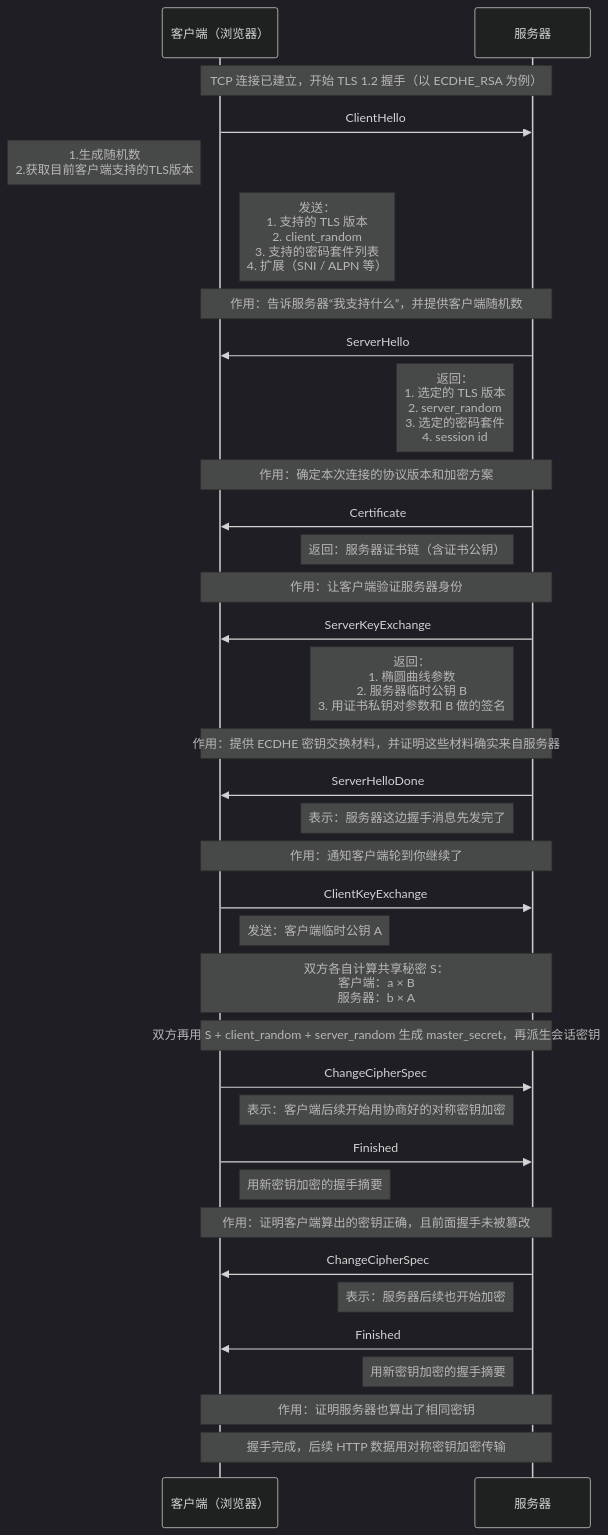
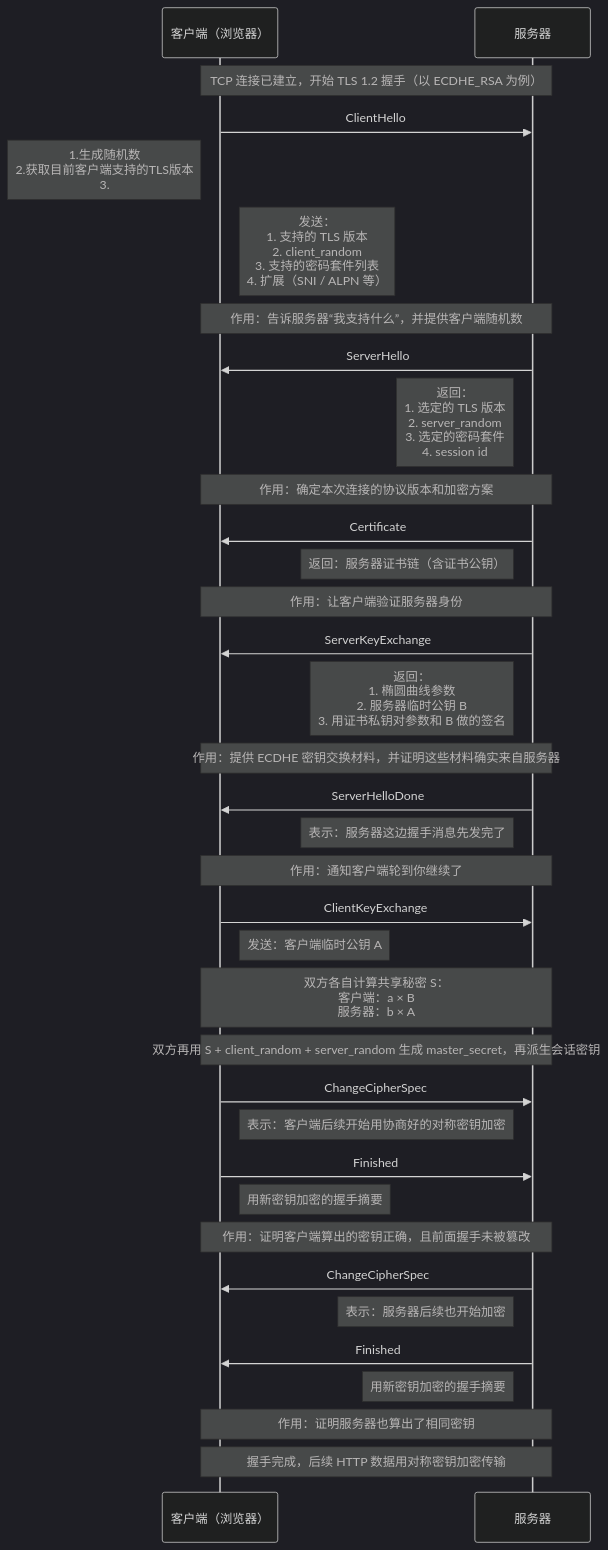
One commit to HY-10-8/iodraw-files changed the diagram in all/TLS-1.2-ECDHA.md. Above: the diagram before and after it, drawn with Mermaid (dark theme).

Commit message:
2026-03-30 16:46:39 update

````diff
--- a/all/TLS-1.2-ECDHA.md
+++ b/all/TLS-1.2-ECDHA.md
@@ -1,50 +1,50 @@
 ```mermaid
 sequenceDiagram
     participant C as 客户端（浏览器）
     participant S as 服务器
 
     Note over C,S: TCP 连接已建立，开始 TLS 1.2 握手（以 ECDHE_RSA 为例）
 
     C->>S: ClientHello
-    Note left of C: 1.生成随机数<br/> 2.获取目前客户端支持的TLS版本 
+    Note left of C: 1.生成随机数<br/> 2.获取目前客户端支持的TLS版本<br/> 3.
     Note right of C: 发送：<br/>1. 支持的 TLS 版本<br/>2. client_random<br/>3. 支持的密码套件列表<br/>4. 扩展（SNI / ALPN 等）
     Note over C,S: 作用：告诉服务器“我支持什么”，并提供客户端随机数
 
     S->>C: ServerHello
     Note left of S: 返回：<br/>1. 选定的 TLS 版本<br/>2. server_random<br/>3. 选定的密码套件<br/>4. session id
     Note over C,S: 作用：确定本次连接的协议版本和加密方案
 
     S->>C: Certificate
     Note left of S: 返回：服务器证书链（含证书公钥）
     Note over C,S: 作用：让客户端验证服务器身份
 
     S->>C: ServerKeyExchange
     Note left of S: 返回：<br/>1. 椭圆曲线参数<br/>2. 服务器临时公钥 B<br/>3. 用证书私钥对参数和 B 做的签名
     Note over C,S: 作用：提供 ECDHE 密钥交换材料，并证明这些材料确实来自服务器
 
     S->>C: ServerHelloDone
     Note left of S: 表示：服务器这边握手消息先发完了
     Note over C,S: 作用：通知客户端轮到你继续了
 
     C->>S: ClientKeyExchange
     Note right of C: 发送：客户端临时公钥 A
     Note over C,S: 双方各自计算共享秘密 S：<br/>客户端：a × B<br/>服务器：b × A
 
     Note over C,S: 双方再用 S + client_random + server_random 生成 master_secret，再派生会话密钥
 
     C->>S: ChangeCipherSpec
     Note right of C: 表示：客户端后续开始用协商好的对称密钥加密
 
     C->>S: Finished
     Note right of C: 用新密钥加密的握手摘要
     Note over C,S: 作用：证明客户端算出的密钥正确，且前面握手未被篡改
 
     S->>C: ChangeCipherSpec
     Note left of S: 表示：服务器后续也开始加密
 
     S->>C: Finished
     Note left of S: 用新密钥加密的握手摘要
     Note over C,S: 作用：证明服务器也算出了相同密钥
 
     Note over C,S: 握手完成，后续 HTTP 数据用对称密钥加密传输
 ```
````
